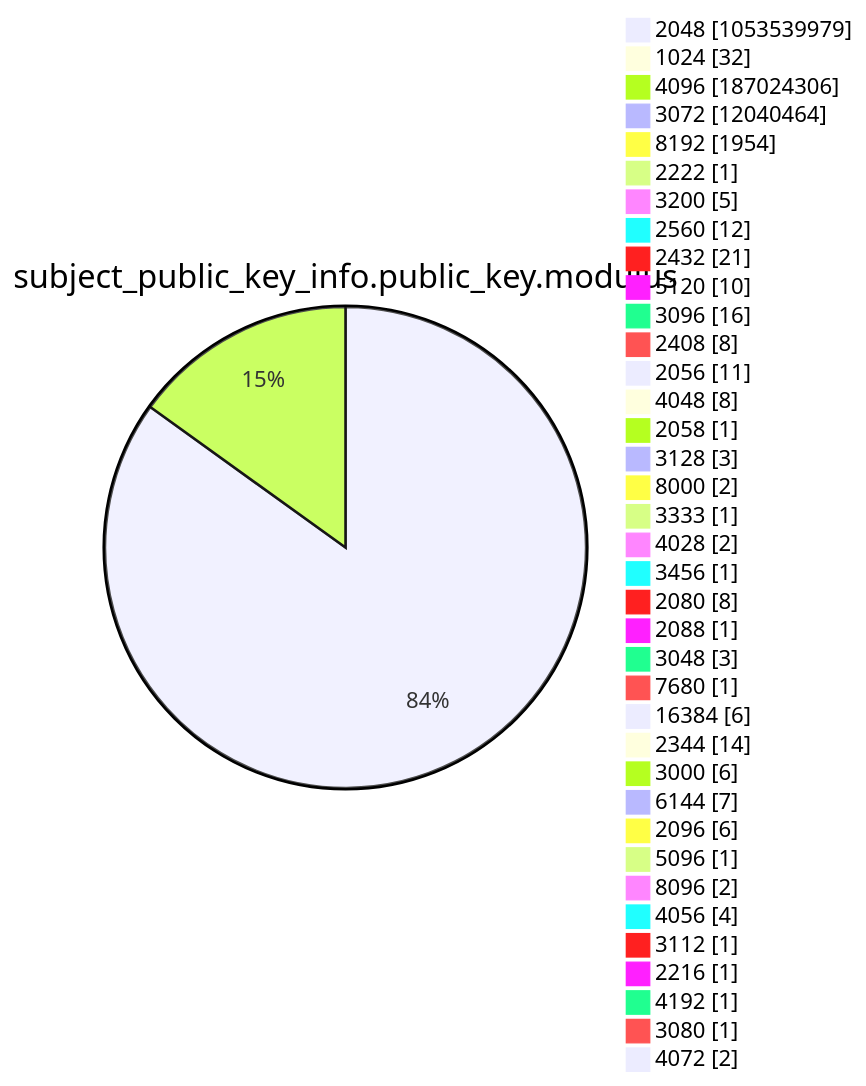
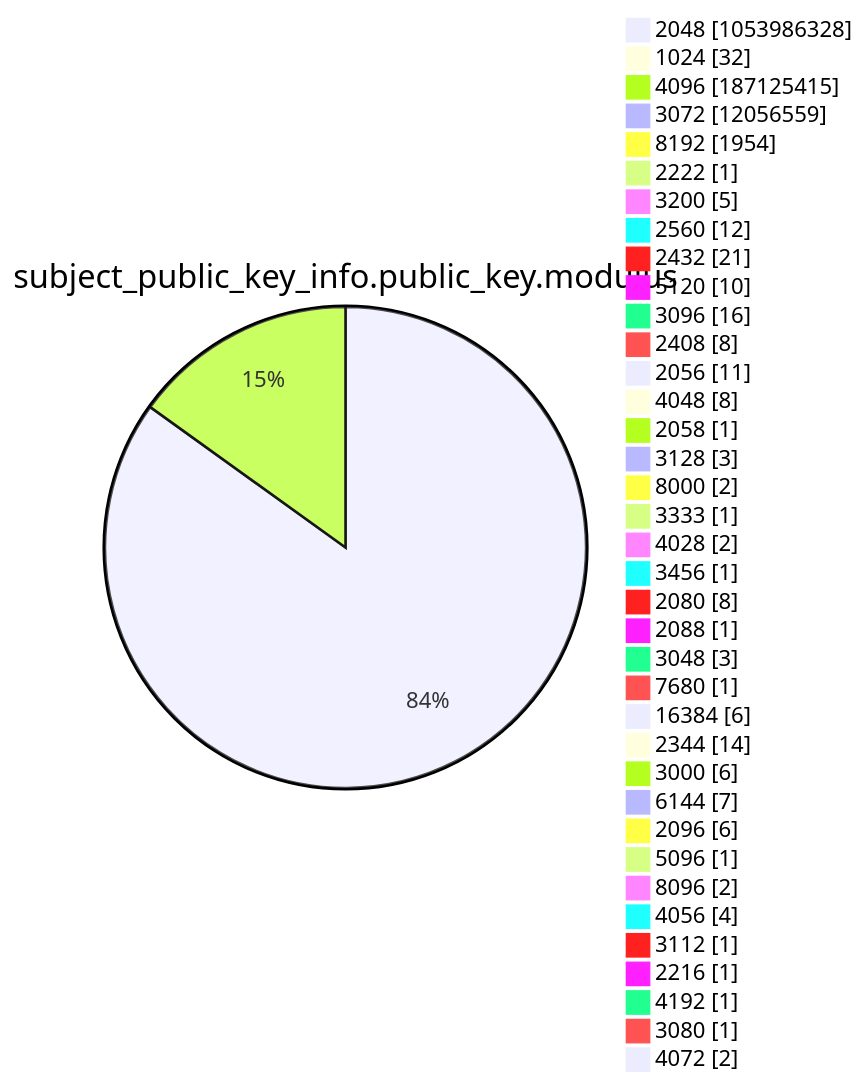
One commit to christiankrug/ctmonitor_visualization changed diagram 13 of 15 in argon2022/README.md. Above: the diagram before and after it, drawn with Mermaid. The commit also changed other lines of this file, not shown here.

````diff
--- a/argon2022/README.md
+++ b/argon2022/README.md
@@ -3589,41 +3589,41 @@
 ```mermaid
 pie showData
 title subject_public_key_info.public_key.modulus
-"2048" :1053539979
+"2048" :1053986328
 "1024" :32
-"4096" :187024306
-"3072" :12040464
+"4096" :187125415
+"3072" :12056559
 "8192" :1954
 "2222" :1
 "3200" :5
 "2560" :12
 "2432" :21
 "5120" :10
 "3096" :16
 "2408" :8
 "2056" :11
 "4048" :8
 "2058" :1
 "3128" :3
 "8000" :2
 "3333" :1
 "4028" :2
 "3456" :1
 "2080" :8
 "2088" :1
 "3048" :3
 "7680" :1
 "16384" :6
 "2344" :14
 "3000" :6
 "6144" :7
 "2096" :6
 "5096" :1
 "8096" :2
 "4056" :4
 "3112" :1
 "2216" :1
 "4192" :1
 "3080" :1
 "4072" :2
 ```
````
